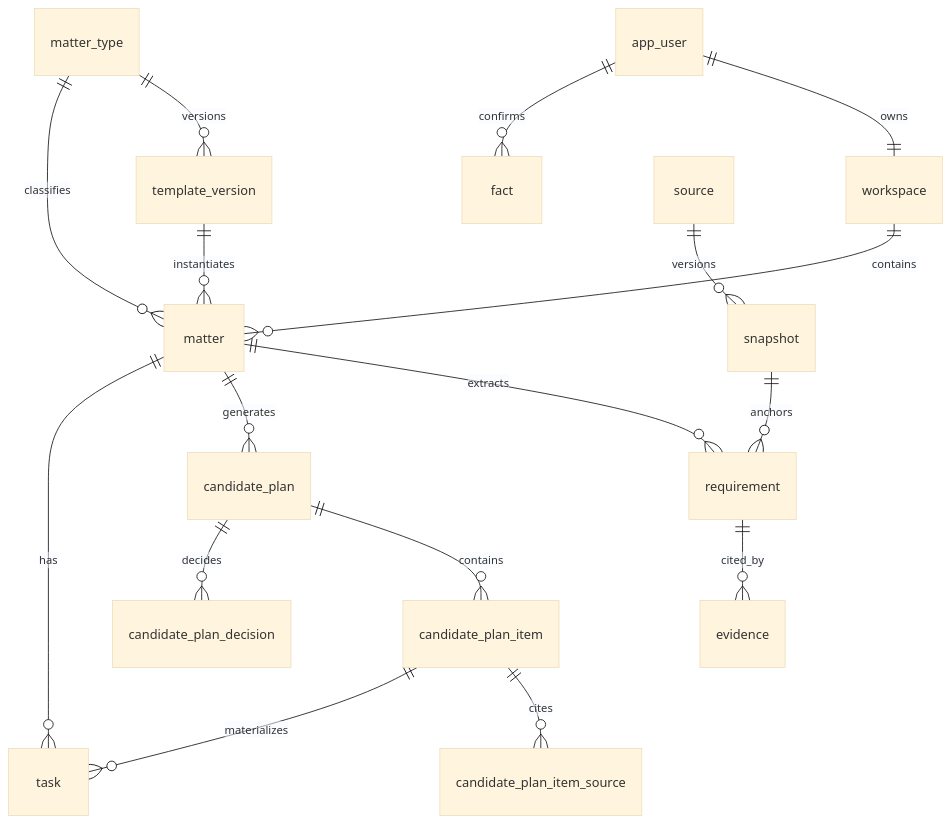
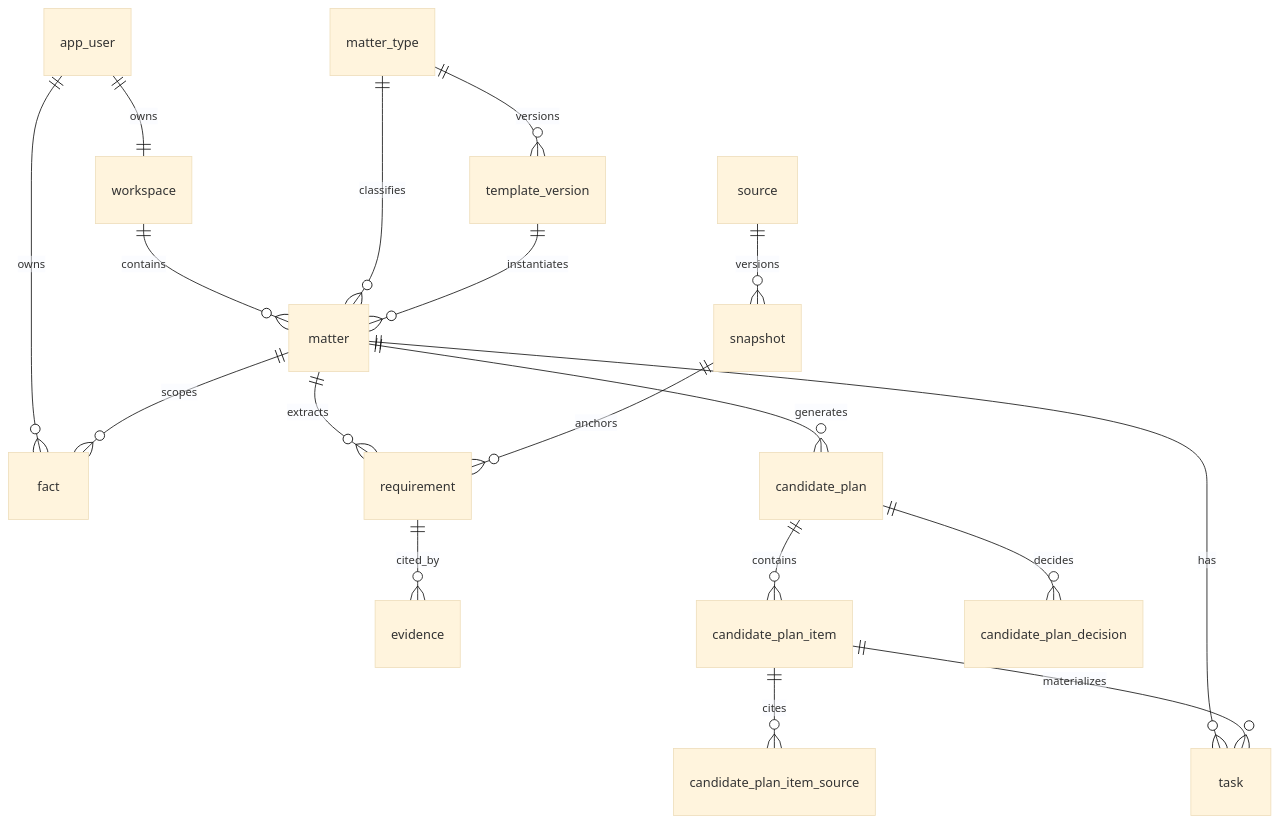
Before and after one commit to LotteryCamp/OfferPilot: the diagram in docs/backend/alpha-schema.md, drawn with Mermaid (base theme). The commit also changed other lines of this file and 13 other files, not shown here.

````diff
--- a/docs/backend/alpha-schema.md
+++ b/docs/backend/alpha-schema.md
@@ -59,19 +59,20 @@
 ```mermaid
 erDiagram
     app_user ||--|| workspace : owns
-    app_user ||--o{ fact : confirms
+    app_user ||--o{ fact : owns
     workspace ||--o{ matter : contains
     matter_type ||--o{ template_version : versions
     matter_type ||--o{ matter : classifies
     template_version ||--o{ matter : instantiates
     matter ||--o{ requirement : extracts
     matter ||--o{ candidate_plan : generates
     matter ||--o{ task : has
+    matter ||--o{ fact : scopes
     source ||--o{ snapshot : versions
     snapshot ||--o{ requirement : anchors
     requirement ||--o{ evidence : cited_by
     candidate_plan ||--o{ candidate_plan_item : contains
     candidate_plan ||--o{ candidate_plan_decision : decides
     candidate_plan_item ||--o{ candidate_plan_item_source : cites
     candidate_plan_item ||--o{ task : materializes
 ```
````
